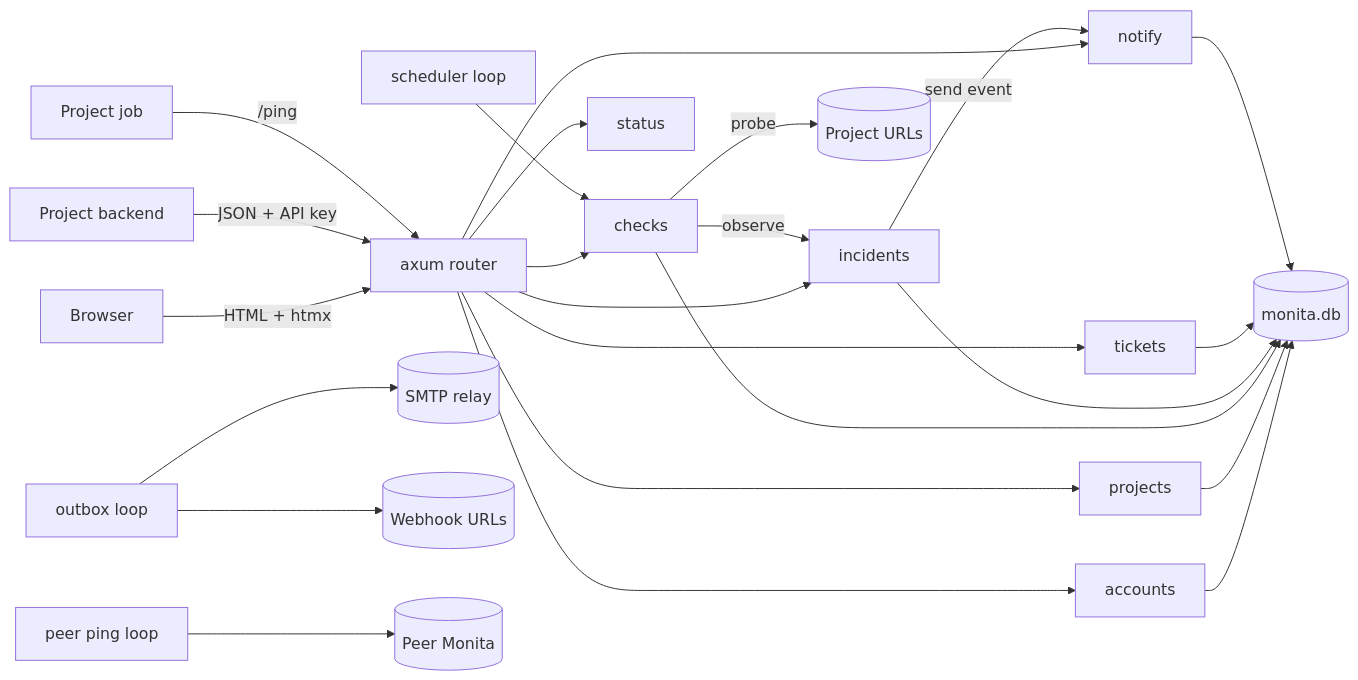
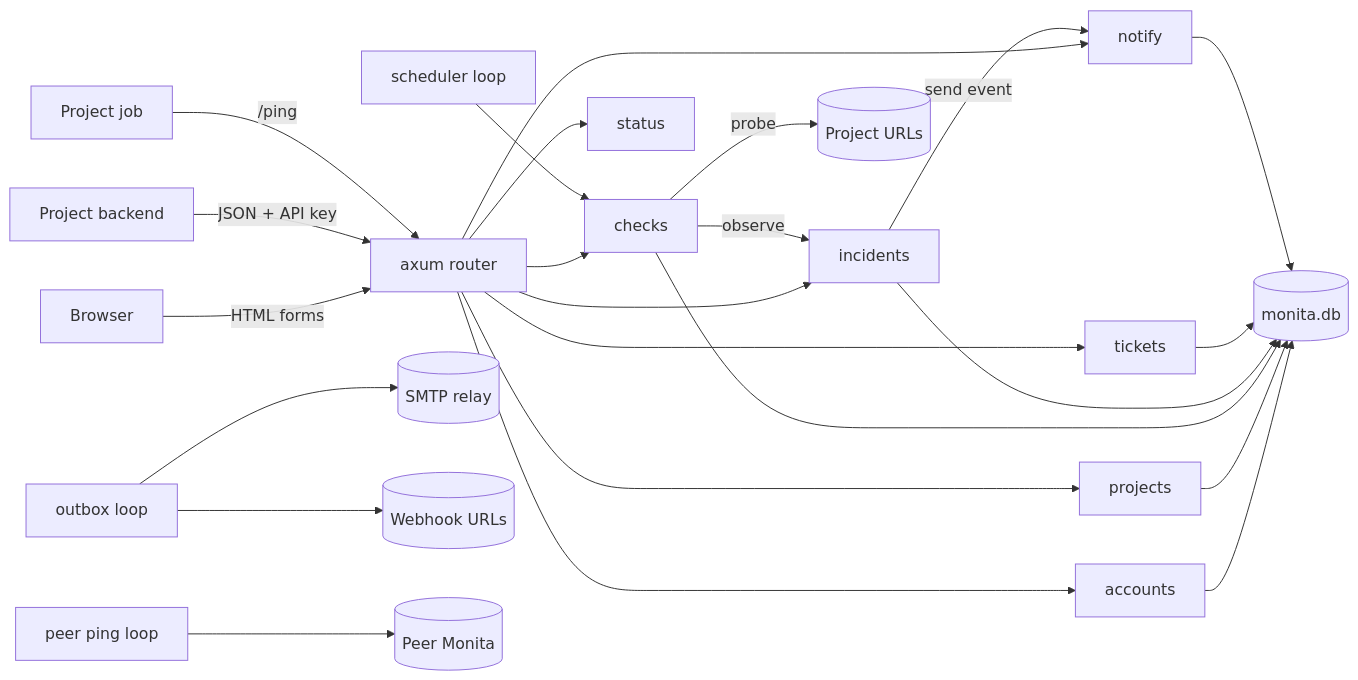
One commit to PT-Perkasa-Pilar-Utama/monita changed the first of 4 diagrams in docs/technical-specs/02-system-architecture.md. Above: the diagram before and after it, drawn with Mermaid. The commit also changed other lines of this file and 27 other files, not shown here.

````diff
--- a/docs/technical-specs/02-system-architecture.md
+++ b/docs/technical-specs/02-system-architecture.md
@@ -17,15 +17,15 @@
 ```mermaid
 graph LR
-  Browser -->|HTML + htmx| HTTP[axum router]
+  Browser -->|HTML forms| HTTP[axum router]
   ProjectBackend[Project backend] -->|JSON + API key| HTTP
   Job[Project job] -->|/ping| HTTP
   HTTP --> accounts & projects & checks & incidents & status & tickets & notify
   Scheduler[scheduler loop] --> checks
   checks -->|observe| incidents
   incidents -->|send event| notify
   Outbox[outbox loop] --> SMTP[(SMTP relay)]
   Outbox --> Webhook[(Webhook URLs)]
   checks -->|probe| Targets[(Project URLs)]
   Peer[peer ping loop] --> PeerMonita[(Peer Monita)]
   accounts & projects & checks & incidents & tickets & notify --> DB[(monita.db)]
 ```
````
